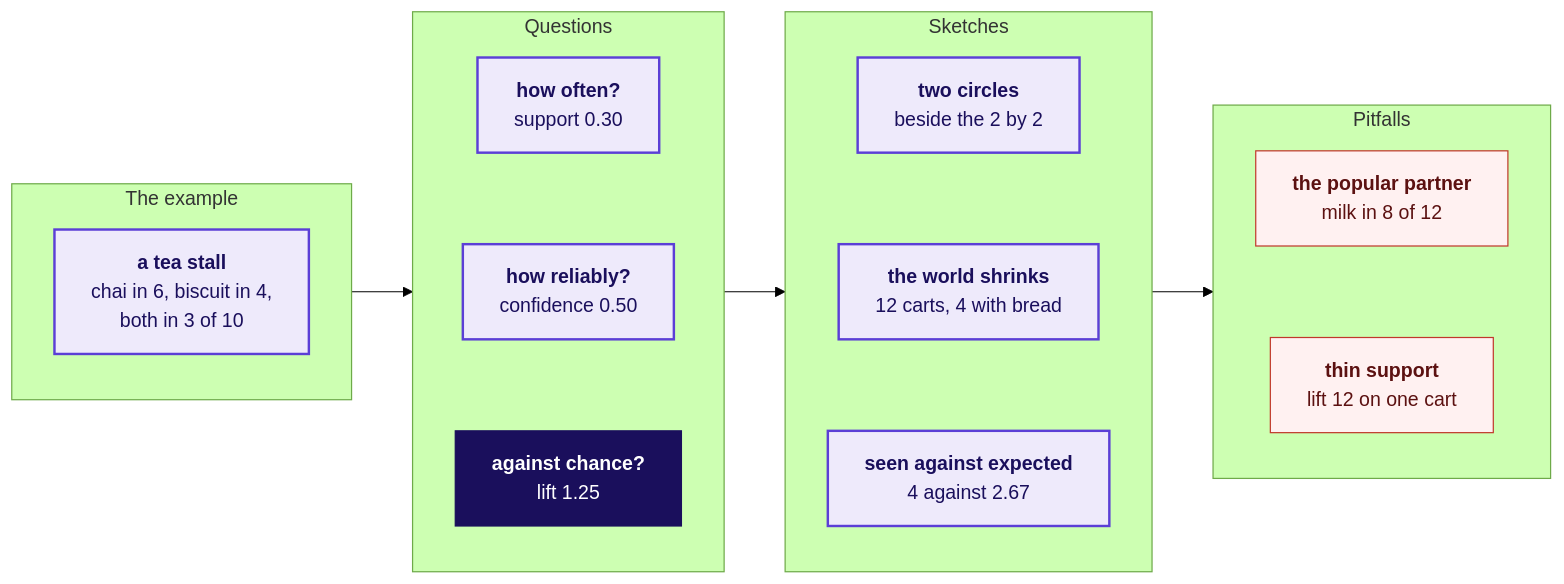
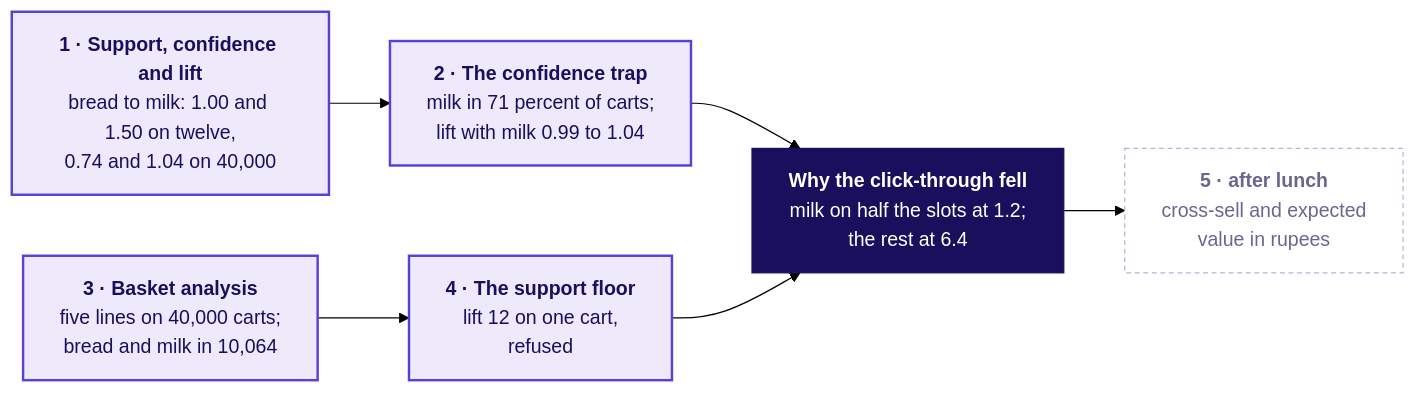
One commit to fde-academy-lab/c2-content-factory changed diagram 12 of 12 in content/W04/D3/slides/C2_W04_D03_half1_STUDENT.md. Above: the diagram before and after it, drawn with Mermaid (forest theme). The commit also changed other lines of this file and 1 other file, not shown here.

First line of the commit message:
W04 D3: half one opens on the five topics and teaches them as six concept chapters before the Instamart case

````diff
--- a/content/W04/D3/slides/C2_W04_D03_half1_STUDENT.md
+++ b/content/W04/D3/slides/C2_W04_D03_half1_STUDENT.md
@@ -279,25 +1302,18 @@
 ```mermaid
 flowchart LR
-    subgraph A["The example"]
-        A1["<b>a tea stall</b><br/>chai in 6, biscuit in 4,<br/>both in 3 of 10"]
-    end
-    subgraph Q["Questions"]
-        direction TB
-        Q1["<b>how often?</b><br/>support 0.30"] ~~~ Q2["<b>how reliably?</b><br/>confidence 0.50"] ~~~ Q3["<b>against chance?</b><br/>lift 1.25"]
-    end
-    subgraph S["Sketches"]
-        direction TB
-        S1["<b>two circles</b><br/>beside the 2 by 2"] ~~~ S2["<b>the world shrinks</b><br/>12 carts, 4 with bread"] ~~~ S3["<b>seen against expected</b><br/>4 against 2.67"]
-    end
-    subgraph P["Pitfalls"]
-        direction TB
-        P1["<b>the popular partner</b><br/>milk in 8 of 12"] ~~~ P2["<b>thin support</b><br/>lift 12 on one cart"]
-    end
-    A --> Q --> S --> P
+    T1["<b>1 · Support, confidence and lift</b><br/>bread to milk: 1.00 and 1.50 on twelve,<br/>0.74 and 1.04 on 40,000"]
+    T2["<b>2 · The confidence trap</b><br/>milk in 71 percent of carts;<br/>lift with milk 0.99 to 1.04"]
+    T3["<b>3 · Basket analysis</b><br/>five lines on 40,000 carts;<br/>bread and milk in 10,064"]
+    T4["<b>4 · The support floor</b><br/>lift 12 on one cart,<br/>refused"]
+    W["<b>Why the click-through fell</b><br/>milk on half the slots at 1.2;<br/>the rest at 6.4"]
+    N["<b>5 · after lunch</b><br/>cross-sell and expected<br/>value in rupees"]
+    T1 --> T2 --> W
+    T3 --> T4 --> W
+    W --> N
+    classDef lit fill:#1A0F5C,stroke:#1A0F5C,color:#FFFFFF
     classDef known fill:#EEEAFB,stroke:#5B3FD6,color:#1A0F5C,stroke-width:2px
-    classDef lit fill:#1A0F5C,stroke:#1A0F5C,color:#FFFFFF
-    classDef trap fill:#FFF1F1,stroke:#C0392B,color:#5C1111
-    class A1,Q1,Q2,S1,S2,S3 known
-    class Q3 lit
-    class P1,P2 trap
+    classDef unknown fill:#FFFFFF,stroke:#B8B2D6,color:#6B6690,stroke-dasharray:4 3
+    class T1,T2,T3,T4 known
+    class W lit
+    class N unknown
 ```
````
